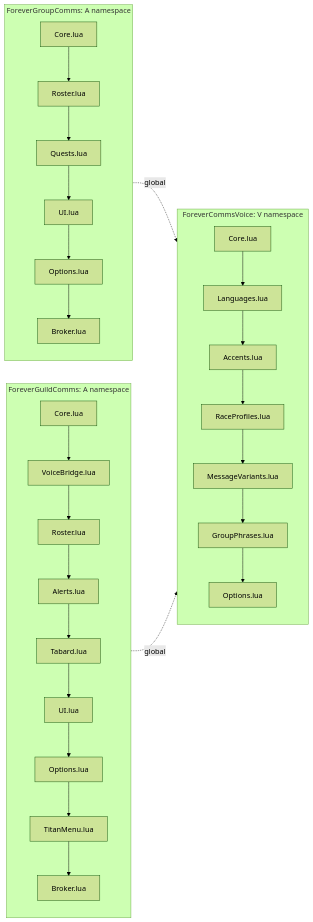
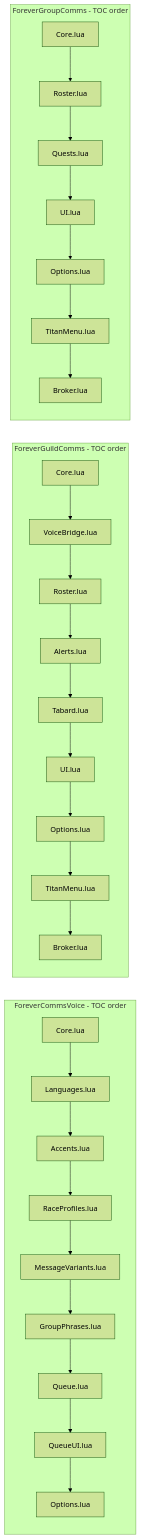
Before and after one commit to mreillyorg/ForeverCommsBundle: the diagram in aidlc-docs/inception/reverse-engineering/code-structure.md, drawn with Mermaid (forest theme). The commit also changed other lines of this file and 30 other files, not shown here.

````diff
--- a/aidlc-docs/inception/reverse-engineering/code-structure.md
+++ b/aidlc-docs/inception/reverse-engineering/code-structure.md
@@ -55,17 +27,20 @@
 ```mermaid
-flowchart LR
-    subgraph V["ForeverCommsVoice: V namespace"]
+graph LR
+    subgraph Voice["ForeverCommsVoice - TOC order"]
         direction TB
-        V1["Core.lua"] --> V2["Languages.lua"] --> V3["Accents.lua"] --> V4["RaceProfiles.lua"] --> V5["MessageVariants.lua"] --> V6["GroupPhrases.lua"] --> V7["Options.lua"]
+        V1[Core.lua] --> V2[Languages.lua] --> V3[Accents.lua] --> V4[RaceProfiles.lua]
+        V4 --> V5[MessageVariants.lua] --> V6[GroupPhrases.lua] --> V7[Queue.lua]
+        V7 --> V8[QueueUI.lua] --> V9[Options.lua]
     end
-    subgraph G["ForeverGuildComms: A namespace"]
+    subgraph Guild["ForeverGuildComms - TOC order"]
         direction TB
-        G1["Core.lua"] --> G2["VoiceBridge.lua"] --> G3["Roster.lua"] --> G4["Alerts.lua"] --> G5["Tabard.lua"] --> G6["UI.lua"] --> G7["Options.lua"] --> G8["TitanMenu.lua"] --> G9["Broker.lua"]
+        G1[Core.lua] --> G2[VoiceBridge.lua] --> G3[Roster.lua] --> G4[Alerts.lua]
+        G4 --> G5[Tabard.lua] --> G6[UI.lua] --> G7[Options.lua]
+        G7 --> G8[TitanMenu.lua] --> G9[Broker.lua]
     end
-    subgraph P["ForeverGroupComms: A namespace"]
+    subgraph Group["ForeverGroupComms - TOC order"]
         direction TB
-        P1["Core.lua"] --> P2["Roster.lua"] --> P3["Quests.lua"] --> P4["UI.lua"] --> P5["Options.lua"] --> P6["Broker.lua"]
+        P1[Core.lua] --> P2[Roster.lua] --> P3[Quests.lua] --> P4[UI.lua]
+        P4 --> P5[Options.lua] --> P6[TitanMenu.lua] --> P7[Broker.lua]
     end
-    G2 -.->|global| V1
-    P1 -.->|global| V1
 ```
````
